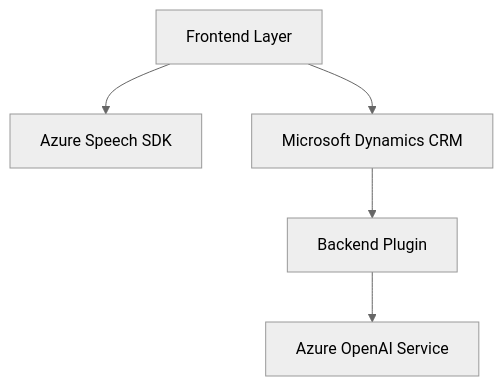
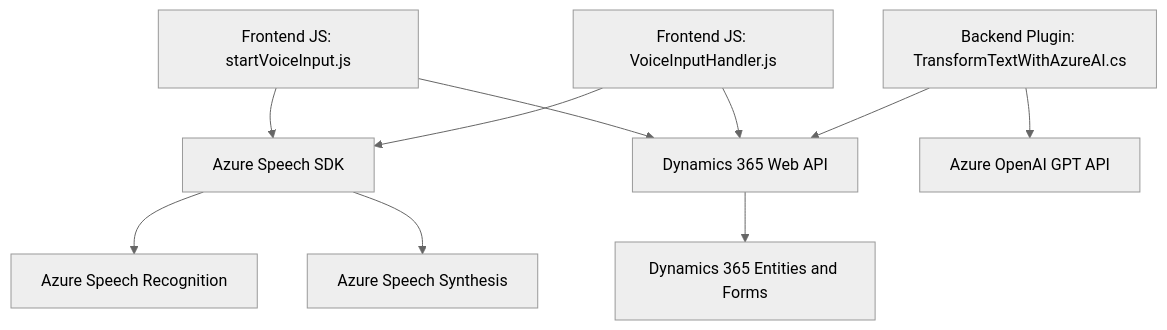
The diagram in README.md (blopezdm/NETCORE_BILBAO2025), drawn with Mermaid (neutral theme) before and after one commit. The commit also changed other lines of this file, not shown here.

````diff
--- a/README.md
+++ b/README.md
@@ -39,13 +53,12 @@
 ```mermaid
 graph TD
-    A["Frontend Layer"]
-    B["Azure Speech SDK"]
-    C["Microsoft Dynamics CRM"]
-    D["Backend Plugin"]
-    E["Azure OpenAI Service"]
-
-    A --> B
-    A --> C
-    C --> D
-    D --> E
+    A["Frontend JS: startVoiceInput.js"] --> B["Azure Speech SDK"]
+    A --> C["Dynamics 365 Web API"]
+    B --> D["Azure Speech Recognition"]
+    B --> E["Azure Speech Synthesis"]
+    F["Frontend JS: VoiceInputHandler.js"] --> B
+    F --> C
+    G["Backend Plugin: TransformTextWithAzureAI.cs"] --> H["Azure OpenAI GPT API"]
+    G --> C
+    C --> I["Dynamics 365 Entities and Forms"]
 ```
````
